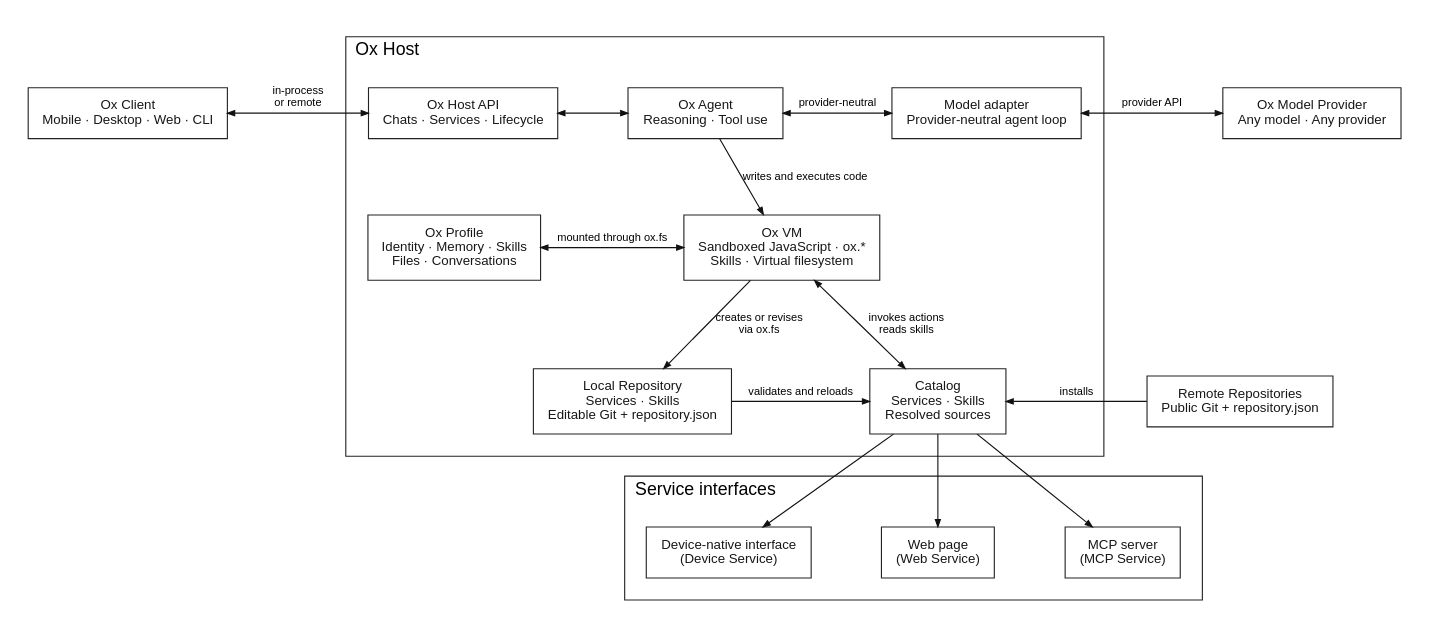
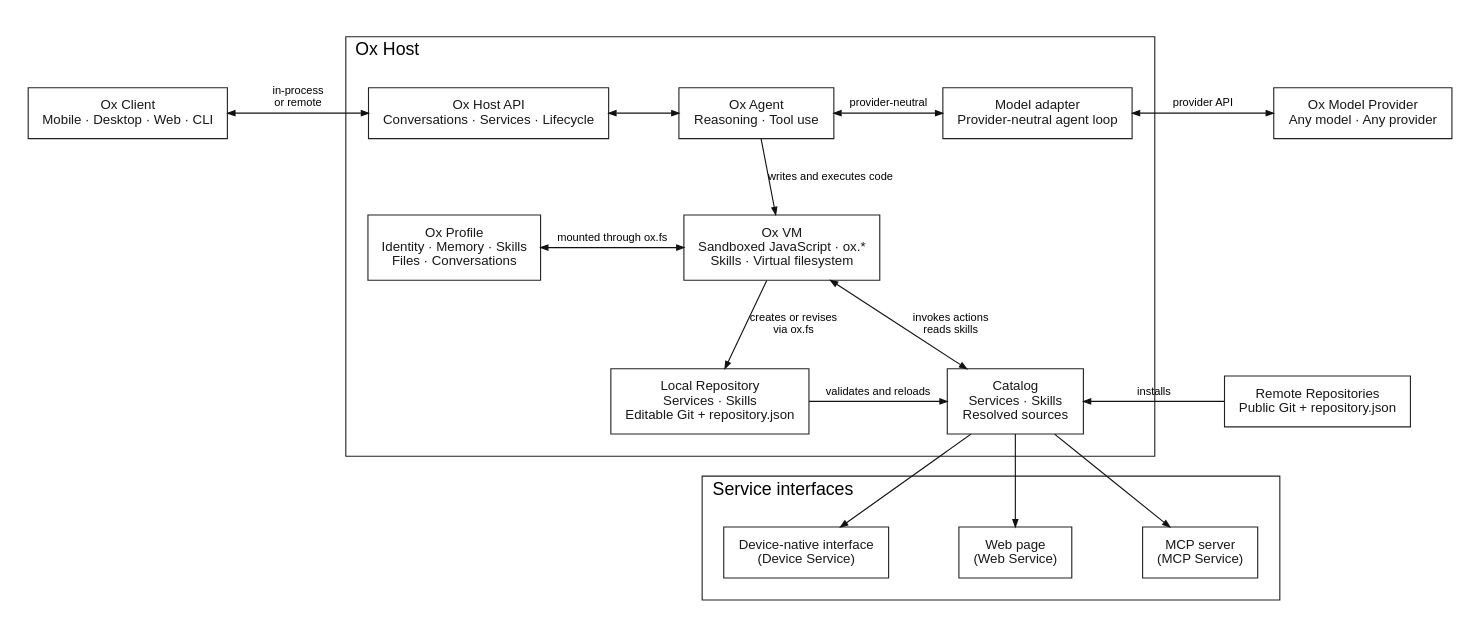
Before and after one commit to ziyzhu/openox: the diagram in assets/openox-components.dot, drawn with Graphviz. The commit also changed 262 other files, not shown here.

```diff
--- a/assets/openox-components.dot
+++ b/assets/openox-components.dot
@@ -1,78 +1,78 @@
 digraph OpenOx {
   graph [
     bgcolor="white"
     fontname="Arial"
     fontsize=16
     labeljust=l
     newrank=true
     nodesep=0.45
     pad=0.25
     ranksep=0.8
   ];
   node [
     color="#222222"
     fillcolor="white"
     fontcolor="#171717"
     fontname="Arial"
     fontsize=12
     margin="0.18,0.14"
     shape=box
     style=filled
   ];
   edge [
     arrowsize=0.65
     color="#111111"
     fontname="Arial"
     fontsize=10
   ];
 
   client [label="Ox Client\nMobile · Desktop · Web · CLI"];
 
   subgraph cluster_host {
     label="Ox Host";
     color="#222222";
     margin=20;
 
-    host_api [label="Ox Host API\nChats · Services · Lifecycle"];
+    host_api [label="Ox Host API\nConversations · Services · Lifecycle"];
     agent [label="Ox Agent\nReasoning · Tool use"];
     model_adapter [label="Model adapter\nProvider-neutral agent loop"];
     profile [label="Ox Profile\nIdentity · Memory · Skills\nFiles · Conversations"];
     vm [label="Ox VM\nSandboxed JavaScript · ox.*\nSkills · Virtual filesystem"];
     local_repository [label="Local Repository\nServices · Skills\nEditable Git + repository.json"];
     services [label="Catalog\nServices · Skills\nResolved sources"];
   }
 
   model [label="Ox Model Provider\nAny model · Any provider"];
   remote_repositories [label="Remote Repositories\nPublic Git + repository.json"];
 
   subgraph cluster_interfaces {
     label="Service interfaces";
     color="#222222";
     margin=20;
 
     device [label="Device-native interface\n(Device Service)"];
     web [label="Web page\n(Web Service)"];
     mcp [label="MCP server\n(MCP Service)"];
 
     { rank=same; device; web; mcp; }
     device -> web -> mcp [style=invis];
   }
 
   { rank=same; client; host_api; agent; model_adapter; model; }
   { rank=same; profile; vm; }
   { rank=same; local_repository; services; remote_repositories; }
 
   client -> host_api [dir=both, label="in-process\nor remote", weight=100, minlen=2];
   host_api -> agent [dir=both, weight=100];
   agent -> model_adapter [dir=both, label="provider-neutral", weight=100];
   model_adapter -> model [dir=both, label="provider API", weight=100, minlen=2];
   agent -> vm [label="writes and executes code"];
   profile -> vm [dir=both, label="mounted through ox.fs"];
   vm -> local_repository [label="creates or revises\nvia ox.fs"];
   vm -> services [dir=both, label="invokes actions\nreads skills"];
   local_repository -> services [label="validates and reloads", weight=100];
   services -> remote_repositories [dir=back, label="installs", weight=100, minlen=2];
   services -> device;
   services -> web;
   services -> mcp;
 }
```
